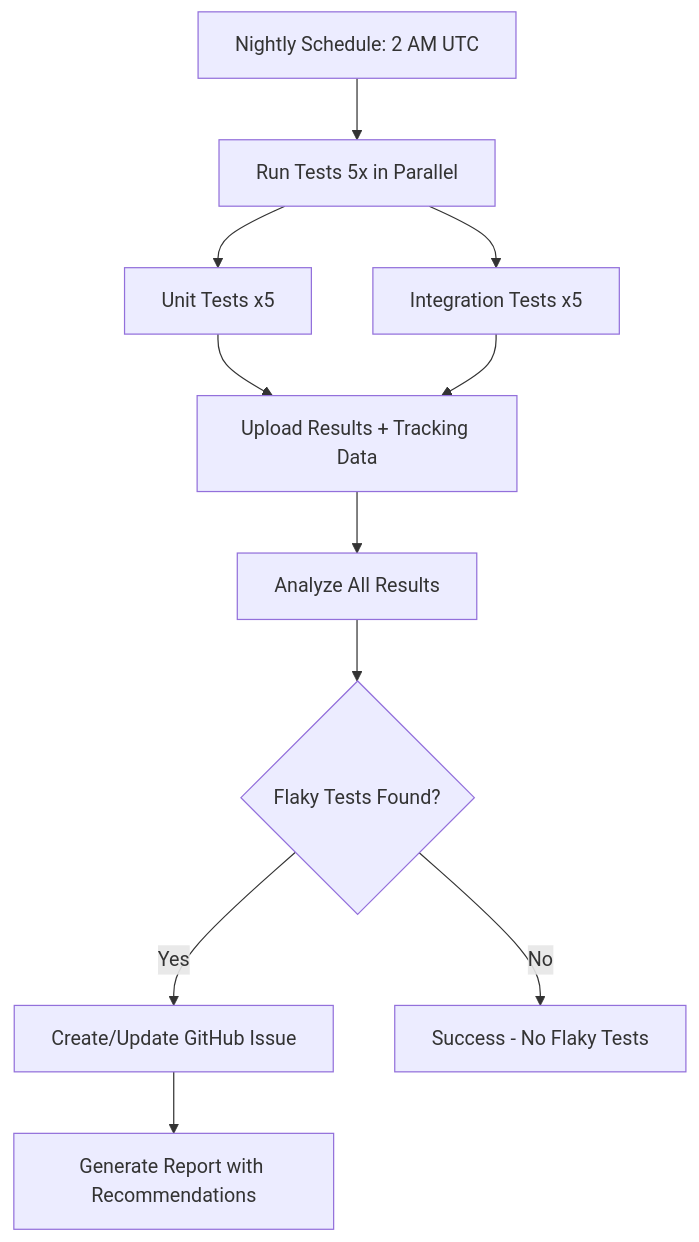
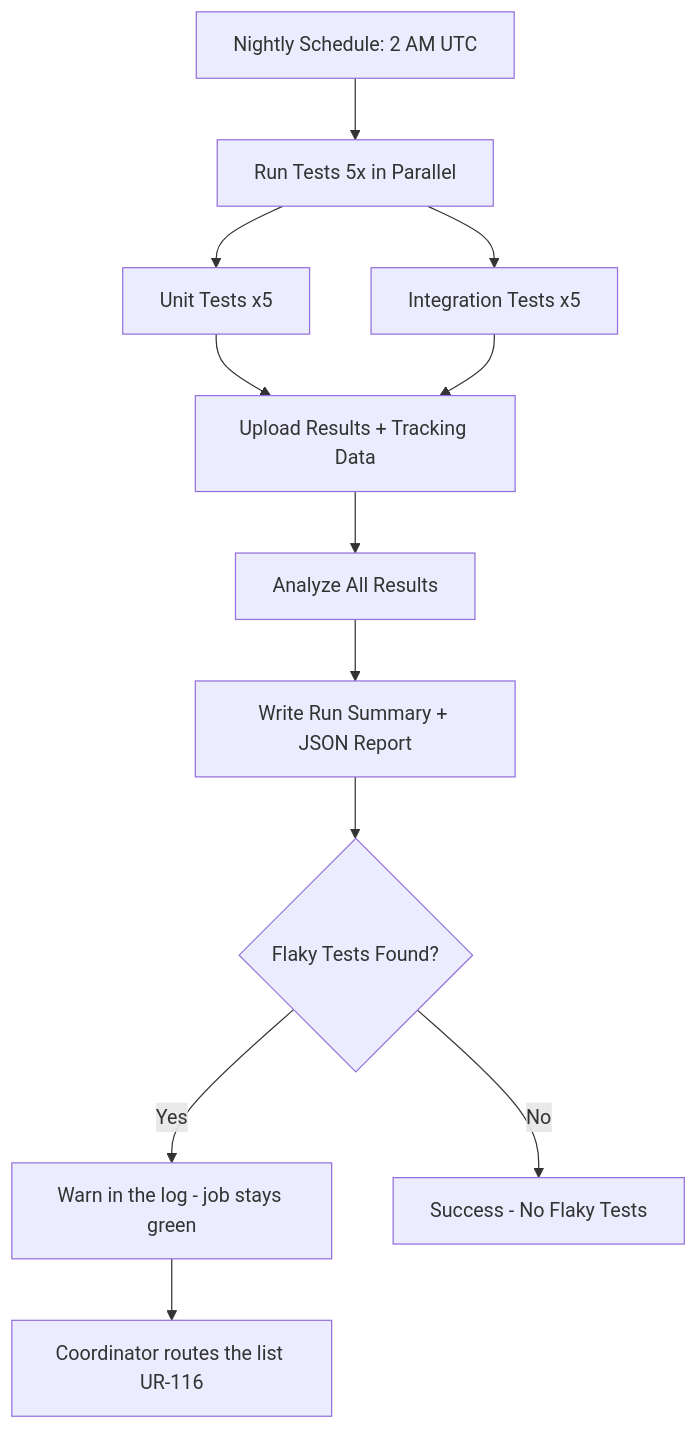
One commit to mikesvoboda/nemotron-v3-home-security-intelligence changed the first of 2 diagrams in docs/developer/flaky-test-detection.md. Above: the diagram before and after it, drawn with Mermaid. The commit also changed other lines of this file and 3 other files, not shown here.

````diff
--- a/docs/developer/flaky-test-detection.md
+++ b/docs/developer/flaky-test-detection.md
@@ -118,13 +119,14 @@
 ```mermaid
 graph TD
     A[Nightly Schedule: 2 AM UTC] --> B[Run Tests 5x in Parallel]
     B --> C[Unit Tests x5]
     B --> D[Integration Tests x5]
     C --> E[Upload Results + Tracking Data]
     D --> E
     E --> F[Analyze All Results]
-    F --> G{Flaky Tests Found?}
-    G -->|Yes| H[Create/Update GitHub Issue]
-    G -->|No| I[Success - No Flaky Tests]
-    H --> J[Generate Report with Recommendations]
+    F --> J[Write Run Summary + JSON Report]
+    J --> K{Flaky Tests Found?}
+    K -->|Yes| L[Warn in the log - job stays green]
+    K -->|No| M[Success - No Flaky Tests]
+    L --> N[Coordinator routes the list UR-116]
 ```
````
